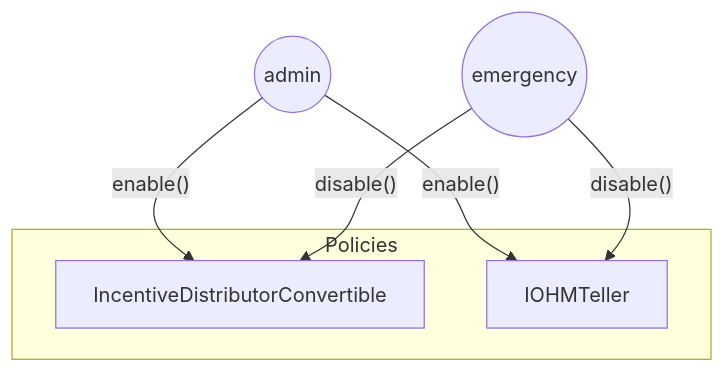
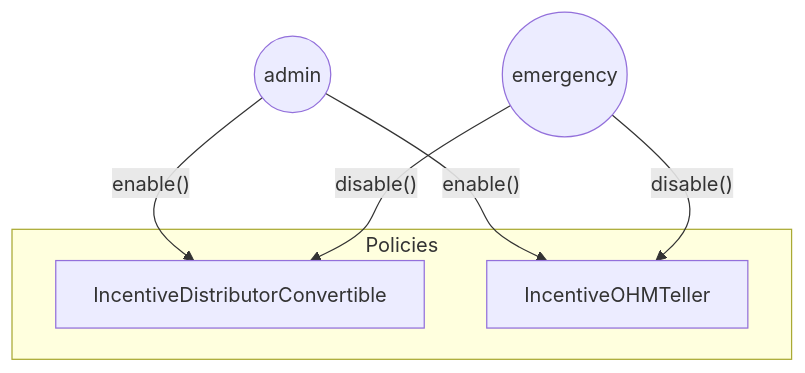
Before and after one commit to OlympusDAO/olympus-v3: the fifth of 6 diagrams in audit/2026-03_incentives/README.md, drawn with Mermaid. The commit also changed other lines of this file and 19 other files, not shown here.

````diff
--- a/audit/2026-03_incentives/README.md
+++ b/audit/2026-03_incentives/README.md
@@ -270,12 +270,12 @@
 ```mermaid
 flowchart TD
     admin((admin)) -->|"enable()"| DistConv["IncentiveDistributorConvertible"]
-    admin -->|"enable()"| Teller["IOHMTeller"]
+    admin -->|"enable()"| Teller["IncentiveOHMTeller"]
     emergency((emergency)) -->|"disable()"| DistConv
     emergency -->|"disable()"| Teller
 
     subgraph Policies
         DistConv
         Teller
     end
 ```
````
